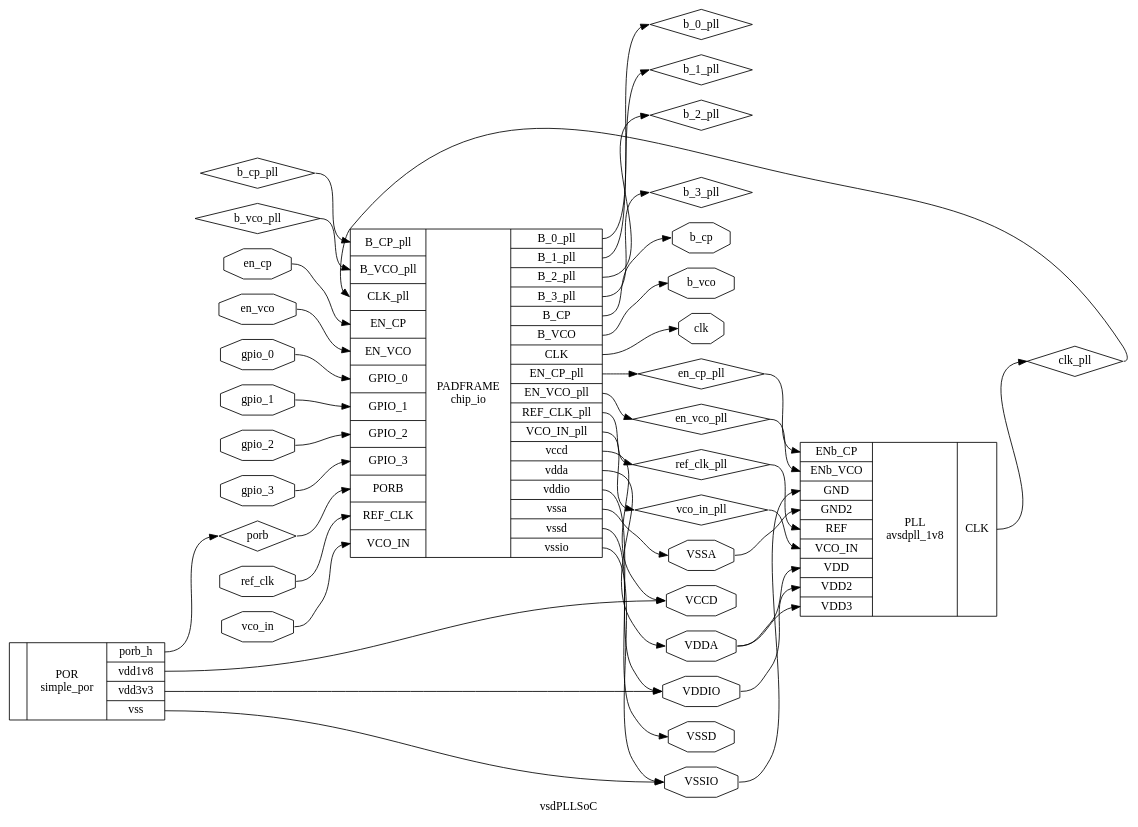
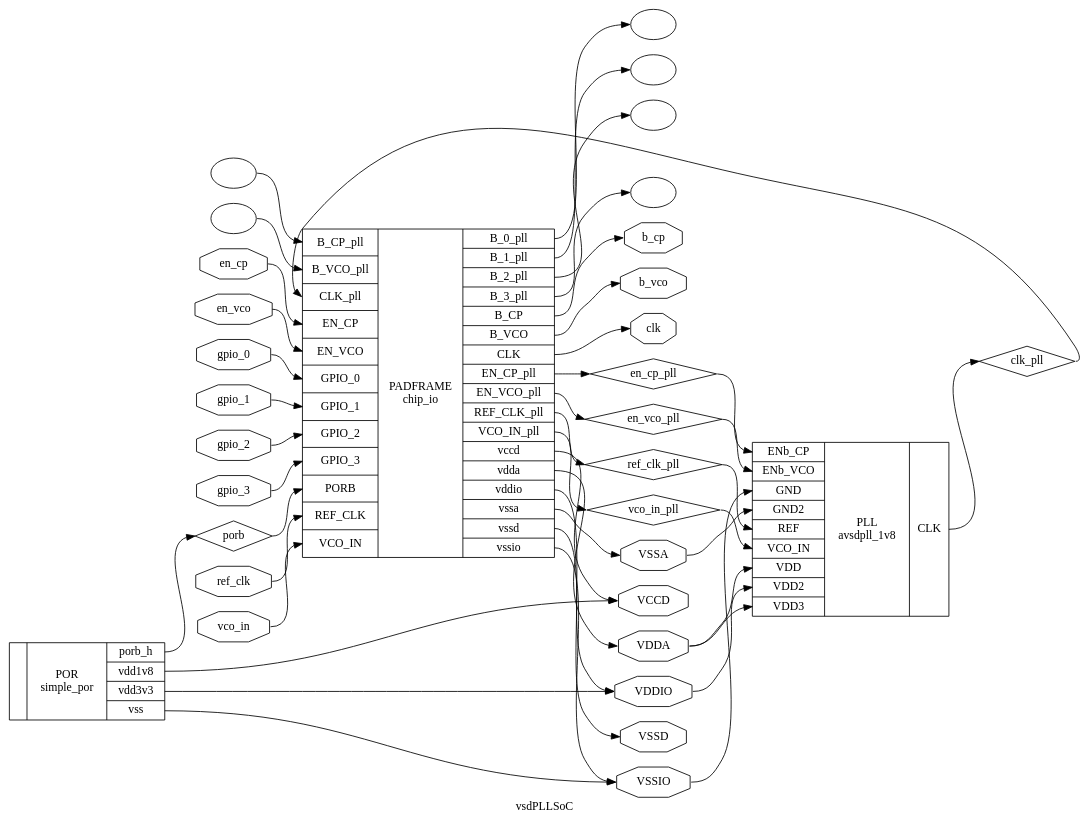
The diagram in openlane/runs/vsdPLLSoC_lvs/tmp/synthesis/hierarchy.dot (rsnkhatri3/vsdPLLSoC), drawn with Graphviz before and after one commit. The commit also changed 66 other files, not shown here.

```diff
--- a/openlane/runs/vsdPLLSoC_lvs/tmp/synthesis/hierarchy.dot
+++ b/openlane/runs/vsdPLLSoC_lvs/tmp/synthesis/hierarchy.dot
@@ -1,80 +1,80 @@
 digraph "vsdPLLSoC" {
 label="vsdPLLSoC";
 rankdir="LR";
 remincross=true;
 n1 [ shape=diamond, label="porb", color="black", fontcolor="black" ];
-n2 [ shape=diamond, label="b_vco_pll", color="black", fontcolor="black" ];
-n3 [ shape=diamond, label="b_cp_pll", color="black", fontcolor="black" ];
-n4 [ shape=diamond, label="en_vco_pll", color="black", fontcolor="black" ];
-n5 [ shape=diamond, label="en_cp_pll", color="black", fontcolor="black" ];
-n6 [ shape=diamond, label="vco_in_pll", color="black", fontcolor="black" ];
-n7 [ shape=diamond, label="clk_pll", color="black", fontcolor="black" ];
-n8 [ shape=diamond, label="ref_clk_pll", color="black", fontcolor="black" ];
-n9 [ shape=diamond, label="b_0_pll", color="black", fontcolor="black" ];
-n10 [ shape=diamond, label="b_3_pll", color="black", fontcolor="black" ];
-n11 [ shape=diamond, label="b_2_pll", color="black", fontcolor="black" ];
-n12 [ shape=diamond, label="b_1_pll", color="black", fontcolor="black" ];
-n13 [ shape=octagon, label="clk", color="black", fontcolor="black" ];
-n14 [ shape=octagon, label="gpio_0", color="black", fontcolor="black" ];
-n15 [ shape=octagon, label="gpio_1", color="black", fontcolor="black" ];
-n16 [ shape=octagon, label="gpio_2", color="black", fontcolor="black" ];
-n17 [ shape=octagon, label="gpio_3", color="black", fontcolor="black" ];
-n18 [ shape=octagon, label="VSSA", color="black", fontcolor="black" ];
-n19 [ shape=octagon, label="VDDA", color="black", fontcolor="black" ];
-n20 [ shape=octagon, label="VSSIO", color="black", fontcolor="black" ];
-n21 [ shape=octagon, label="VDDIO", color="black", fontcolor="black" ];
-n22 [ shape=octagon, label="VSSD", color="black", fontcolor="black" ];
-n23 [ shape=octagon, label="VCCD", color="black", fontcolor="black" ];
-n24 [ shape=octagon, label="en_vco", color="black", fontcolor="black" ];
-n25 [ shape=octagon, label="en_cp", color="black", fontcolor="black" ];
-n26 [ shape=octagon, label="vco_in", color="black", fontcolor="black" ];
-n27 [ shape=octagon, label="b_vco", color="black", fontcolor="black" ];
-n28 [ shape=octagon, label="b_cp", color="black", fontcolor="black" ];
-n29 [ shape=octagon, label="ref_clk", color="black", fontcolor="black" ];
-c59 [ shape=record, label="{{<p30> B_CP_pll|<p31> B_VCO_pll|<p32> CLK_pll|<p33> EN_CP|<p34> EN_VCO|<p35> GPIO_0|<p36> GPIO_1|<p37> GPIO_2|<p38> GPIO_3|<p39> PORB|<p40> REF_CLK|<p41> VCO_IN}|PADFRAME\nchip_io|{<p42> B_0_pll|<p43> B_1_pll|<p44> B_2_pll|<p45> B_3_pll|<p46> B_CP|<p47> B_VCO|<p48> CLK|<p49> EN_CP_pll|<p50> EN_VCO_pll|<p51> REF_CLK_pll|<p52> VCO_IN_pll|<p53> vccd|<p54> vdda|<p55> vddio|<p56> vssa|<p57> vssd|<p58> vssio}}" ];
-c68 [ shape=record, label="{{<p60> ENb_CP|<p61> ENb_VCO|<p62> GND|<p63> GND2|<p64> REF|<p41> VCO_IN|<p65> VDD|<p66> VDD2|<p67> VDD3}|PLL\navsdpll_1v8|{<p48> CLK}}" ];
-c73 [ shape=record, label="{{}|POR\nsimple_por|{<p69> porb_h|<p70> vdd1v8|<p71> vdd3v3|<p72> vss}}" ];
-c73:p69:e -> n1:w [color="black", label=""];
-n1:e -> c59:p39:w [color="black", label=""];
-c59:p45:e -> n10:w [color="black", label=""];
-c59:p44:e -> n11:w [color="black", label=""];
-c59:p43:e -> n12:w [color="black", label=""];
-c59:p48:e -> n13:w [color="black", label=""];
-n14:e -> c59:p35:w [color="black", label=""];
-n15:e -> c59:p36:w [color="black", label=""];
-n16:e -> c59:p37:w [color="black", label=""];
-n17:e -> c59:p38:w [color="black", label=""];
-c59:p56:e -> n18:w [color="black", label=""];
-n18:e -> c68:p63:w [color="black", label=""];
-c59:p54:e -> n19:w [color="black", label=""];
-n19:e -> c68:p65:w [color="black", label=""];
-n19:e -> c68:p67:w [color="black", label=""];
-n2:e -> c59:p31:w [color="black", label=""];
-c59:p58:e -> n20:w [color="black", label=""];
-c73:p72:e -> n20:w [color="black", label=""];
-n20:e -> c68:p62:w [color="black", label=""];
-c59:p55:e -> n21:w [color="black", label=""];
-c73:p71:e -> n21:w [color="black", label=""];
-n21:e -> c68:p66:w [color="black", label=""];
-c59:p57:e -> n22:w [color="black", label=""];
-c59:p53:e -> n23:w [color="black", label=""];
-c73:p70:e -> n23:w [color="black", label=""];
-n24:e -> c59:p34:w [color="black", label=""];
-n25:e -> c59:p33:w [color="black", label=""];
-n26:e -> c59:p41:w [color="black", label=""];
-c59:p47:e -> n27:w [color="black", label=""];
-c59:p46:e -> n28:w [color="black", label=""];
-n29:e -> c59:p40:w [color="black", label=""];
-n3:e -> c59:p30:w [color="black", label=""];
-c59:p50:e -> n4:w [color="black", label=""];
-n4:e -> c68:p61:w [color="black", label=""];
-c59:p49:e -> n5:w [color="black", label=""];
-n5:e -> c68:p60:w [color="black", label=""];
-c59:p52:e -> n6:w [color="black", label=""];
-n6:e -> c68:p41:w [color="black", label=""];
-c68:p48:e -> n7:w [color="black", label=""];
-n7:e -> c59:p32:w [color="black", label=""];
-c59:p51:e -> n8:w [color="black", label=""];
-n8:e -> c68:p64:w [color="black", label=""];
-c59:p42:e -> n9:w [color="black", label=""];
+n2 [ shape=diamond, label="en_vco_pll", color="black", fontcolor="black" ];
+n3 [ shape=diamond, label="en_cp_pll", color="black", fontcolor="black" ];
+n4 [ shape=diamond, label="vco_in_pll", color="black", fontcolor="black" ];
+n5 [ shape=diamond, label="clk_pll", color="black", fontcolor="black" ];
+n6 [ shape=diamond, label="ref_clk_pll", color="black", fontcolor="black" ];
+n7 [ shape=octagon, label="clk", color="black", fontcolor="black" ];
+n8 [ shape=octagon, label="gpio_0", color="black", fontcolor="black" ];
+n9 [ shape=octagon, label="gpio_1", color="black", fontcolor="black" ];
+n10 [ shape=octagon, label="gpio_2", color="black", fontcolor="black" ];
+n11 [ shape=octagon, label="gpio_3", color="black", fontcolor="black" ];
+n12 [ shape=octagon, label="VSSA", color="black", fontcolor="black" ];
+n13 [ shape=octagon, label="VDDA", color="black", fontcolor="black" ];
+n14 [ shape=octagon, label="VSSIO", color="black", fontcolor="black" ];
+n15 [ shape=octagon, label="VDDIO", color="black", fontcolor="black" ];
+n16 [ shape=octagon, label="VSSD", color="black", fontcolor="black" ];
+n17 [ shape=octagon, label="VCCD", color="black", fontcolor="black" ];
+n18 [ shape=octagon, label="en_vco", color="black", fontcolor="black" ];
+n19 [ shape=octagon, label="en_cp", color="black", fontcolor="black" ];
+n20 [ shape=octagon, label="vco_in", color="black", fontcolor="black" ];
+n21 [ shape=octagon, label="b_vco", color="black", fontcolor="black" ];
+n22 [ shape=octagon, label="b_cp", color="black", fontcolor="black" ];
+n23 [ shape=octagon, label="ref_clk", color="black", fontcolor="black" ];
+v0 [ label="" ];
+v1 [ label="" ];
+v2 [ label="" ];
+v3 [ label="" ];
+v4 [ label="" ];
+v5 [ label="" ];
+c53 [ shape=record, label="{{<p24> B_CP_pll|<p25> B_VCO_pll|<p26> CLK_pll|<p27> EN_CP|<p28> EN_VCO|<p29> GPIO_0|<p30> GPIO_1|<p31> GPIO_2|<p32> GPIO_3|<p33> PORB|<p34> REF_CLK|<p35> VCO_IN}|PADFRAME\nchip_io|{<p36> B_0_pll|<p37> B_1_pll|<p38> B_2_pll|<p39> B_3_pll|<p40> B_CP|<p41> B_VCO|<p42> CLK|<p43> EN_CP_pll|<p44> EN_VCO_pll|<p45> REF_CLK_pll|<p46> VCO_IN_pll|<p47> vccd|<p48> vdda|<p49> vddio|<p50> vssa|<p51> vssd|<p52> vssio}}" ];
+c62 [ shape=record, label="{{<p54> ENb_CP|<p55> ENb_VCO|<p56> GND|<p57> GND2|<p58> REF|<p35> VCO_IN|<p59> VDD|<p60> VDD2|<p61> VDD3}|PLL\navsdpll_1v8|{<p42> CLK}}" ];
+c67 [ shape=record, label="{{}|POR\nsimple_por|{<p63> porb_h|<p64> vdd1v8|<p65> vdd3v3|<p66> vss}}" ];
+c67:p63:e -> n1:w [color="black", label=""];
+n1:e -> c53:p33:w [color="black", label=""];
+n10:e -> c53:p31:w [color="black", label=""];
+n11:e -> c53:p32:w [color="black", label=""];
+c53:p50:e -> n12:w [color="black", label=""];
+n12:e -> c62:p57:w [color="black", label=""];
+c53:p48:e -> n13:w [color="black", label=""];
+n13:e -> c62:p59:w [color="black", label=""];
+n13:e -> c62:p61:w [color="black", label=""];
+c53:p52:e -> n14:w [color="black", label=""];
+c67:p66:e -> n14:w [color="black", label=""];
+n14:e -> c62:p56:w [color="black", label=""];
+c53:p49:e -> n15:w [color="black", label=""];
+c67:p65:e -> n15:w [color="black", label=""];
+n15:e -> c62:p60:w [color="black", label=""];
+c53:p51:e -> n16:w [color="black", label=""];
+c53:p47:e -> n17:w [color="black", label=""];
+c67:p64:e -> n17:w [color="black", label=""];
+n18:e -> c53:p28:w [color="black", label=""];
+n19:e -> c53:p27:w [color="black", label=""];
+c53:p44:e -> n2:w [color="black", label=""];
+n2:e -> c62:p55:w [color="black", label=""];
+n20:e -> c53:p35:w [color="black", label=""];
+c53:p41:e -> n21:w [color="black", label=""];
+c53:p40:e -> n22:w [color="black", label=""];
+n23:e -> c53:p34:w [color="black", label=""];
+c53:p43:e -> n3:w [color="black", label=""];
+n3:e -> c62:p54:w [color="black", label=""];
+c53:p46:e -> n4:w [color="black", label=""];
+n4:e -> c62:p35:w [color="black", label=""];
+c62:p42:e -> n5:w [color="black", label=""];
+n5:e -> c53:p26:w [color="black", label=""];
+c53:p45:e -> n6:w [color="black", label=""];
+n6:e -> c62:p58:w [color="black", label=""];
+c53:p42:e -> n7:w [color="black", label=""];
+n8:e -> c53:p29:w [color="black", label=""];
+n9:e -> c53:p30:w [color="black", label=""];
+v0:e -> c53:p25:w [color="black", label=""];
+v1:e -> c53:p24:w [color="black", label=""];
+c53:p39:e -> v2:w [color="black", label=""];
+c53:p38:e -> v3:w [color="black", label=""];
+c53:p37:e -> v4:w [color="black", label=""];
+c53:p36:e -> v5:w [color="black", label=""];
 }
```
